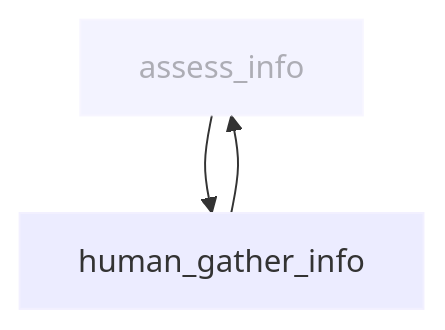
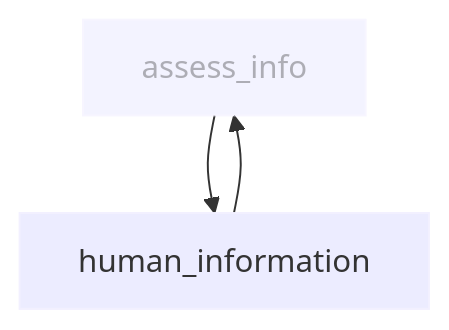
Before and after one commit to dextersjab/agentic-workbench-langgraph: the fifth of 6 diagrams in backend/src/workflows/support_desk/nodes/README.md, drawn with Mermaid. The commit also changed other lines of this file and 8 other files, not shown here.

Commit message:
rewrite assess_info to work like classify_issue

````diff
--- a/backend/src/workflows/support_desk/nodes/README.md
+++ b/backend/src/workflows/support_desk/nodes/README.md
@@ -125,10 +126,10 @@
 ```mermaid
 graph TD
-    A[assess_info] --> B[human_gather_info]
+    A[assess_info] --> B[human_information]
     B --> A
     
     classDef default stroke:#f2f0ff,line-height:1.2
     classDef context opacity:0.6
     
     class A context
 ```
````
